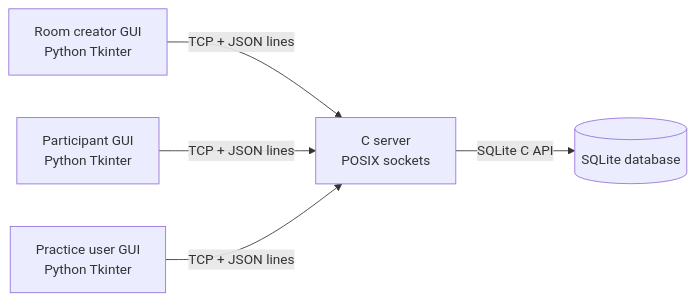
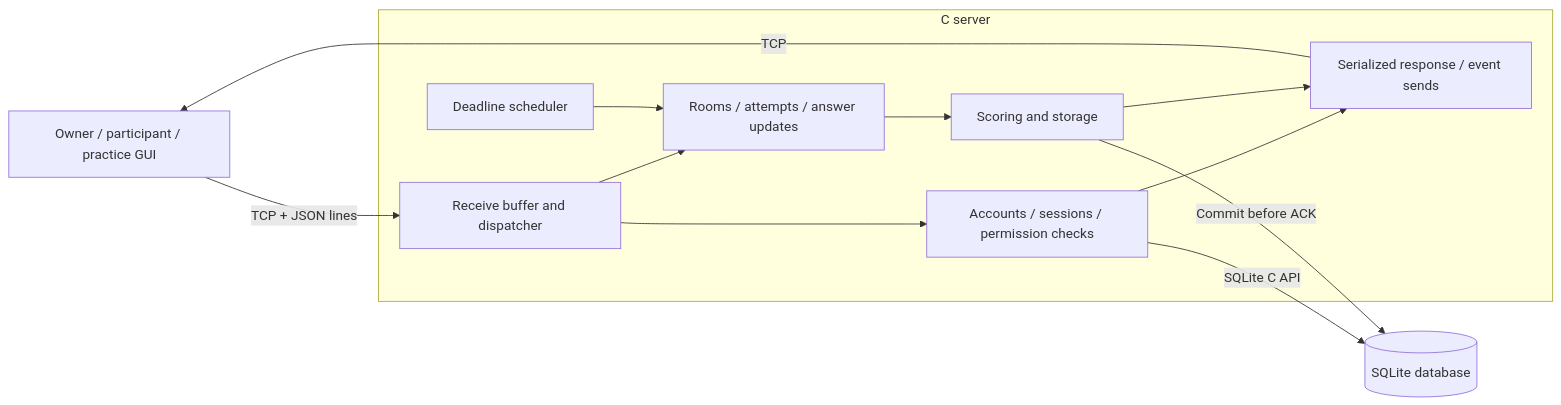
The diagram in docs/architecture.md (Ries0703/20261-network-programming-online-question), drawn with Mermaid before and after one commit. The commit also changed other lines of this file and 12 other files, not shown here.

````diff
--- a/docs/architecture.md
+++ b/docs/architecture.md
@@ -21,7 +21,15 @@
 ```mermaid
 flowchart LR
-    U1[Room creator GUI<br/>Python Tkinter] -->|TCP + JSON lines| S[C server<br/>POSIX sockets]
-    U2[Participant GUI<br/>Python Tkinter] -->|TCP + JSON lines| S
-    U3[Practice user GUI<br/>Python Tkinter] -->|TCP + JSON lines| S
-    S -->|SQLite C API| DB[(SQLite database)]
+    U[Owner / participant / practice GUI] -->|TCP + JSON lines| IO
+    subgraph CServer[C server]
+        IO[Receive buffer and dispatcher] --> AUTH[Accounts / sessions / permission checks]
+        IO --> ROOM[Rooms / attempts / answer updates]
+        TIMER[Deadline scheduler] --> ROOM
+        ROOM --> SCORE[Scoring and storage]
+        AUTH --> SEND[Serialized response / event sends]
+        SCORE --> SEND
+    end
+    SEND -->|TCP| U
+    AUTH -->|SQLite C API| DB[(SQLite database)]
+    SCORE -->|Commit before ACK| DB
 ```
````
